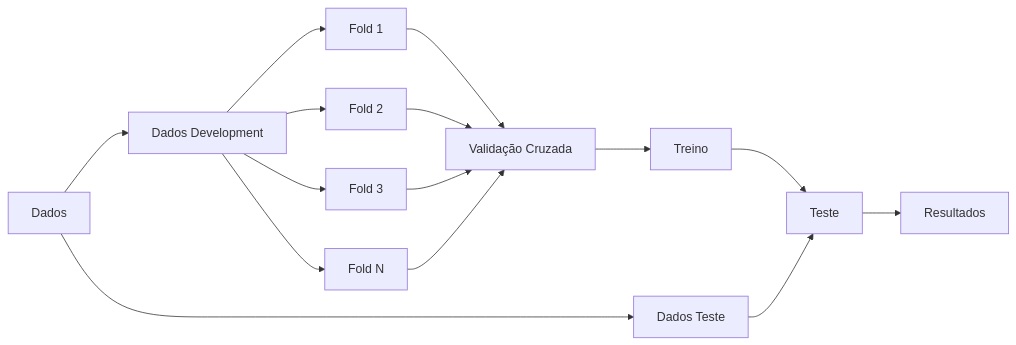
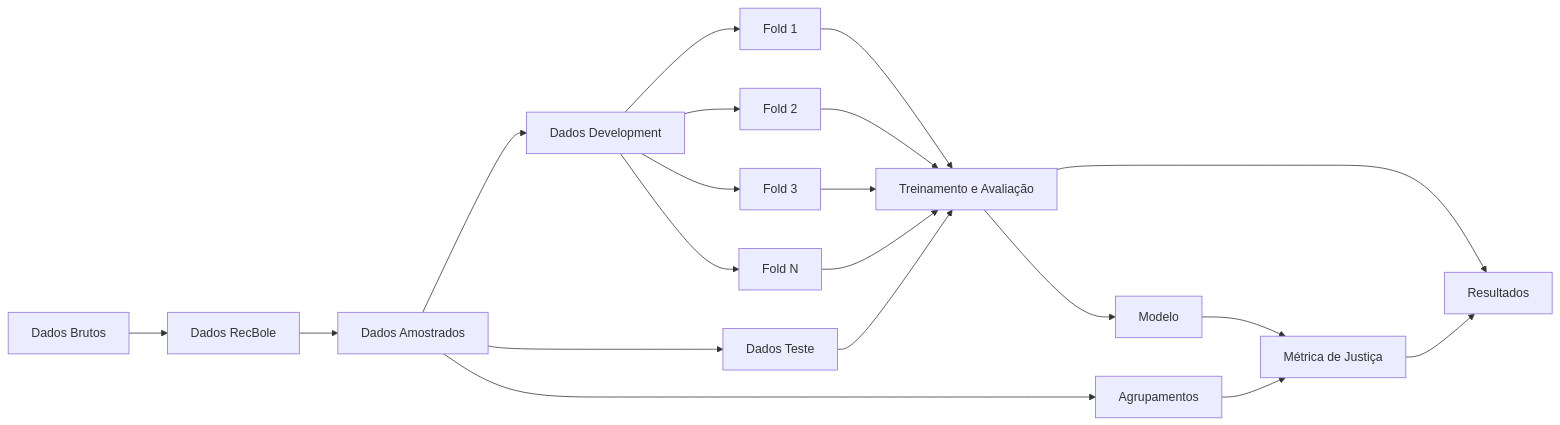
The diagram in docs/methodological_notes.md (MiguelPim01/recsys-fairness), drawn with Mermaid before and after one commit. The commit also changed other lines of this file and 2 other files, not shown here.

Commit message:
docs: Updating documentation. Methods still needs to be full written.

````diff
--- a/docs/methodological_notes.md
+++ b/docs/methodological_notes.md
@@ -119,20 +119,29 @@
 ```mermaid
 graph LR
-    A["Dados"] --> B["Dados Development"]
-    A --> C["Dados Teste"]
+    I["Dados Brutos"] --> A["Dados RecBole"]
+    A --> S["Dados Amostrados"]
+
+    S --> B["Dados Development"]
+    S --> TE["Dados Teste"]
 
     B --> F1["Fold 1"]
     B --> F2["Fold 2"]
     B --> F3["Fold 3"]
     B --> FN["Fold N"]
 
-    F1 --> CV["Validação Cruzada"]
-    F2 --> CV
-    F3 --> CV
-    FN --> CV
+    F1 --> TA["Treinamento e Avaliação"]
+    F2 --> TA
+    F3 --> TA
+    FN --> TA
 
-    CV --> T["Treino"]
-    T --> TE
-    C --> TE["Teste"]
-    TE --> R["Resultados"]
+    TE --> TA
+
+    TA --> R["Resultados"]
+    TA --> M["Modelo"]
+
+    S --> GROUP["Agrupamentos"]
+    GROUP --> F["Métrica de Justiça"]
+    M --> F
+
+    F --> R
 ```
````
